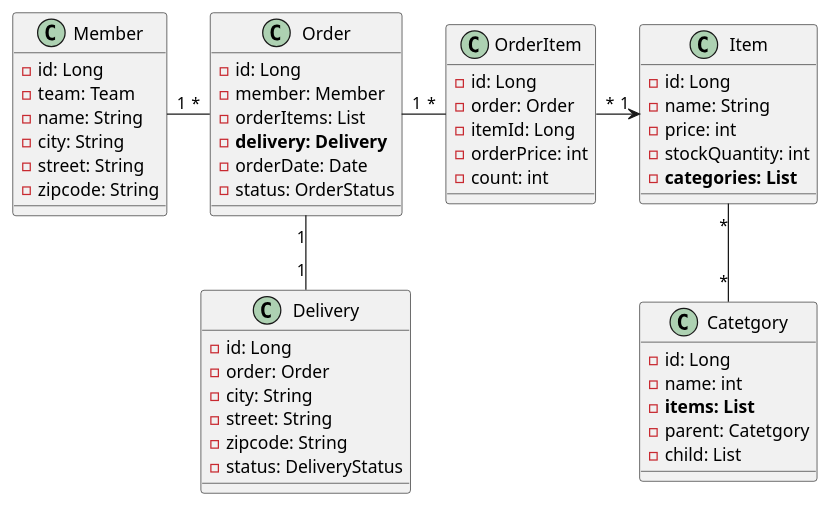
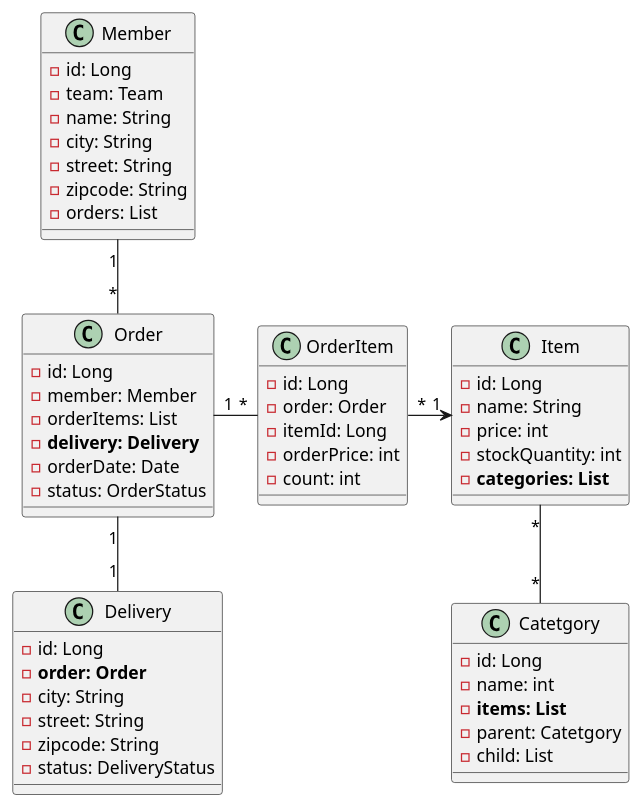
Before and after one commit to chulgil/jpastart: the diagram in EntityDetail.puml, drawn with PlantUML. The commit also changed 3 other files, not shown here.

```diff
--- a/EntityDetail.puml
+++ b/EntityDetail.puml
@@ -1,58 +1,60 @@
 @startuml
 class Member {
     - id: Long
     - team: Team
     - name: String
     - city: String
     - street: String
     - zipcode: String
+    - orders: List
 }
 
 class Delivery {
     - id: Long
-    - order: Order
+    - **order: Order**
     - city: String
     - street: String
     - zipcode: String
     - status: DeliveryStatus
 }
 
 class Order {
     - id: Long
     - member: Member
     - orderItems: List
     - **delivery: Delivery**
     - orderDate: Date
     - status: OrderStatus
 }
 
 class OrderItem {
     - id: Long
     - order: Order
     - itemId: Long
     - orderPrice: int
     - count: int
 }
 
 class Item {
     - id: Long
     - name: String
     - price: int
     - stockQuantity: int
     - **categories: List**
 }
 
 class Catetgory {
     - id: Long
     - name: int
     - **items: List**
     - parent: Catetgory
     - child: List
 }
 
+Member "1" -- "*" Order
 Order "1" -- "1" Delivery
-Member "1" - "*" Order
 Order "1" - "*" OrderItem
 OrderItem "*" -> "1" Item
 Item "*" -- "*" Catetgory
+
 @enduml
```
